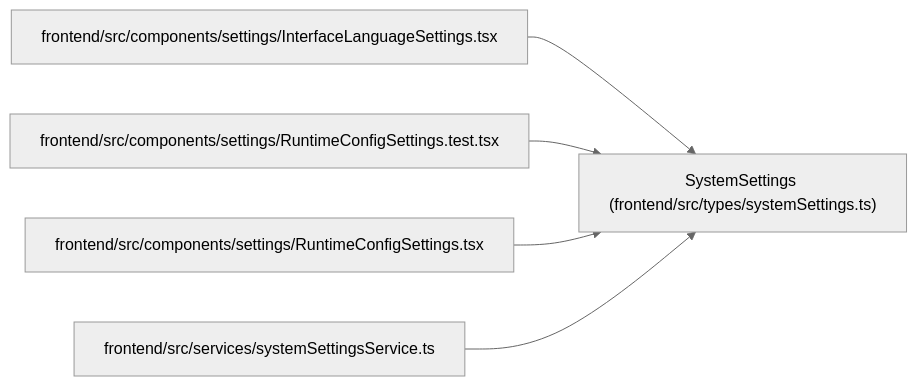
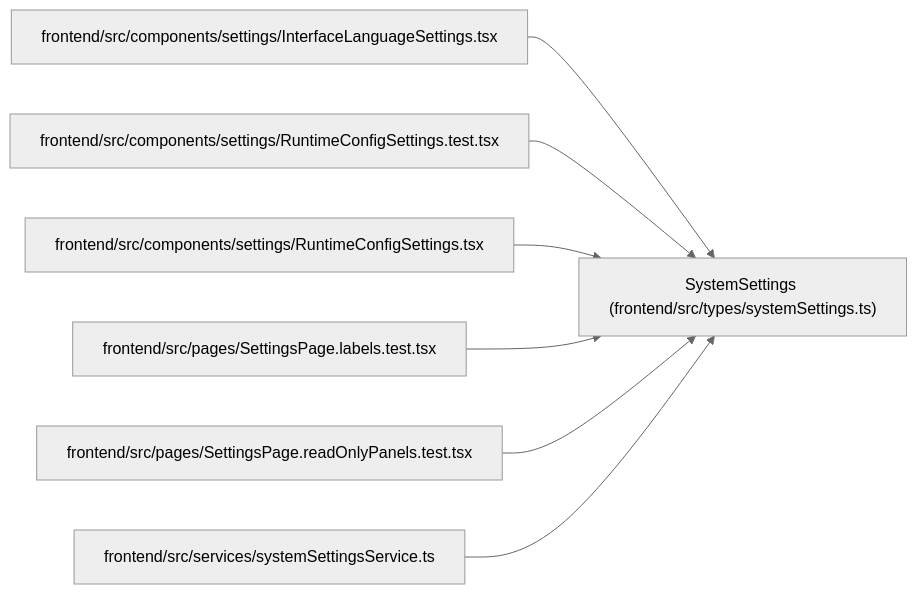
The diagram in docs/llm_wiki/entities/SystemSettings.md (Denissvgn/WorkChord), drawn with Mermaid (neutral theme) before and after one commit. The commit also changed other lines of this file and 2373 other files, not shown here.

````diff
--- a/docs/llm_wiki/entities/SystemSettings.md
+++ b/docs/llm_wiki/entities/SystemSettings.md
@@ -30,17 +30,23 @@
 ```mermaid
 flowchart LR
     n0["SystemSettings (frontend/src/types/systemSettings.ts)"]
     n1["frontend/src/components/settings/InterfaceLanguageSettings.tsx"]
     n2["frontend/src/components/settings/RuntimeConfigSettings.test.tsx"]
     n3["frontend/src/components/settings/RuntimeConfigSettings.tsx"]
-    n4["frontend/src/services/systemSettingsService.ts"]
+    n4["frontend/src/pages/SettingsPage.labels.test.tsx"]
+    n5["frontend/src/pages/SettingsPage.readOnlyPanels.test.tsx"]
+    n6["frontend/src/services/systemSettingsService.ts"]
     n1 --> n0
     n2 --> n0
     n3 --> n0
     n4 --> n0
+    n5 --> n0
+    n6 --> n0
     click n0 "../modules/systemSettings.md"
     click n1 "../modules/InterfaceLanguageSettings.md"
     click n2 "../modules/RuntimeConfigSettings.test.md"
     click n3 "../modules/RuntimeConfigSettings.md"
-    click n4 "../modules/systemSettingsService.md"
+    click n4 "../modules/SettingsPage.labels.test.md"
+    click n5 "../modules/SettingsPage.readOnlyPanels.test.md"
+    click n6 "../modules/systemSettingsService.md"
 ```
````
